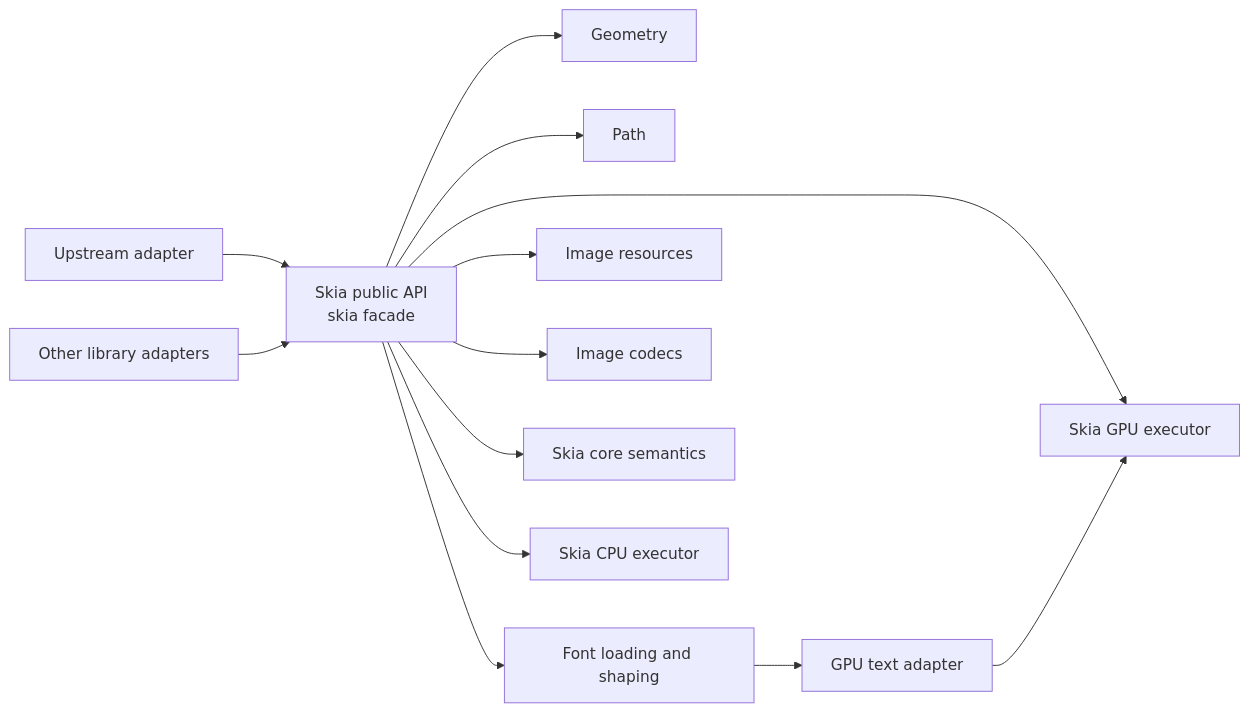
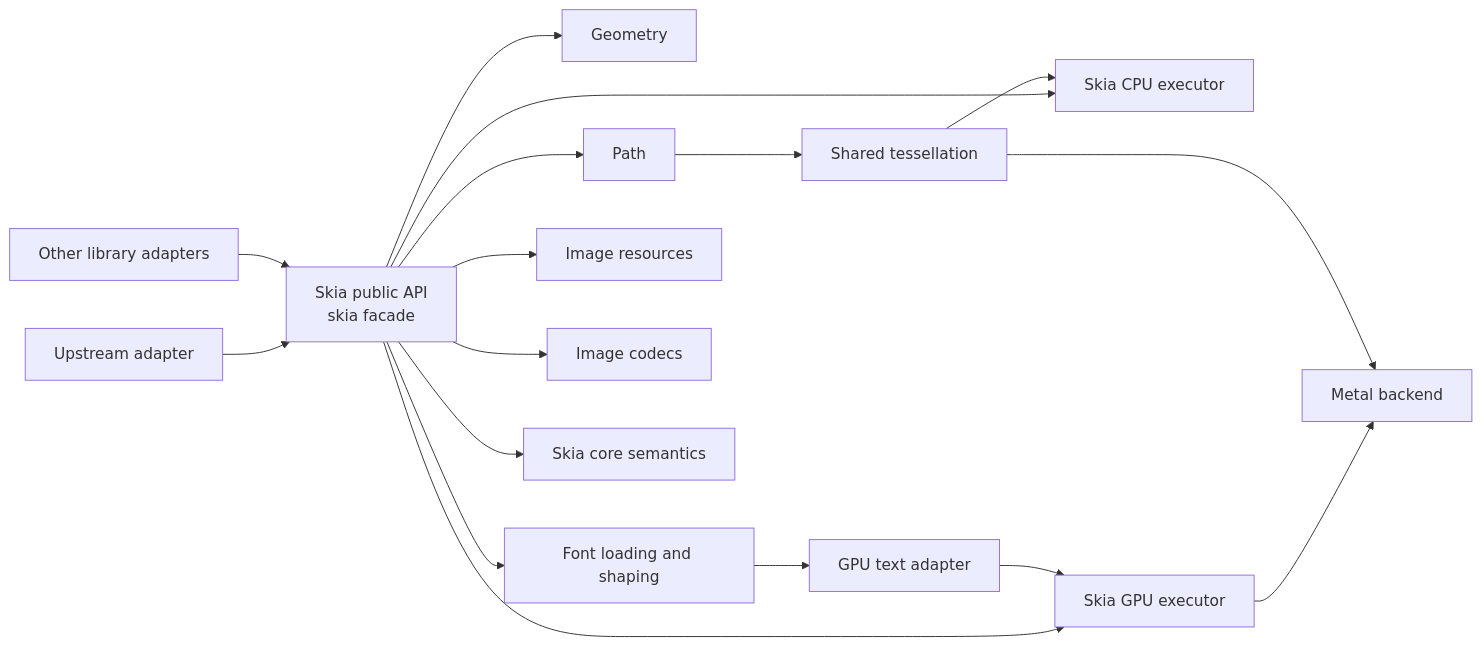
The diagram in README.md (chogng/skia), drawn with Mermaid before and after one commit. The commit also changed other lines of this file and 8 other files, not shown here.

First line of the commit message:
refactor(tessellation): share path flattening

````diff
--- a/README.md
+++ b/README.md
@@ -9,15 +9,19 @@
 ```mermaid
 flowchart LR
   adapter["Upstream adapter"] --> api["Skia public API\nskia facade"]
   other["Other library adapters"] --> api
   api --> geometry["Geometry"]
   api --> path["Path"]
   api --> text["Font loading and shaping"]
   api --> image["Image resources"]
   api --> codec["Image codecs"]
   api --> core["Skia core semantics"]
   api --> cpu["Skia CPU executor"]
   api --> gpu["Skia GPU executor"]
+  gpu --> metal["Metal backend"]
+  path --> tessellation["Shared tessellation"]
+  tessellation --> cpu
+  tessellation --> metal
   text --> gpu_text["GPU text adapter"]
   gpu_text --> gpu
 ```
````
